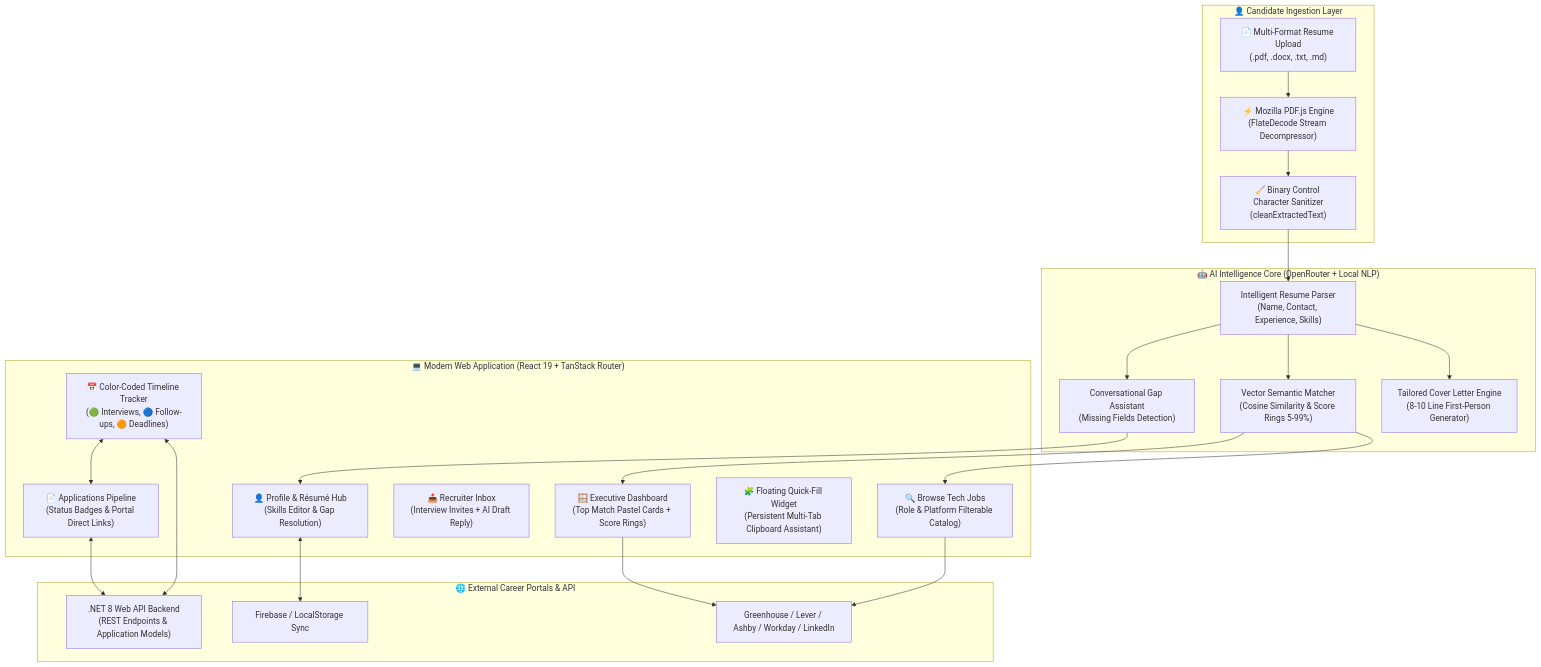
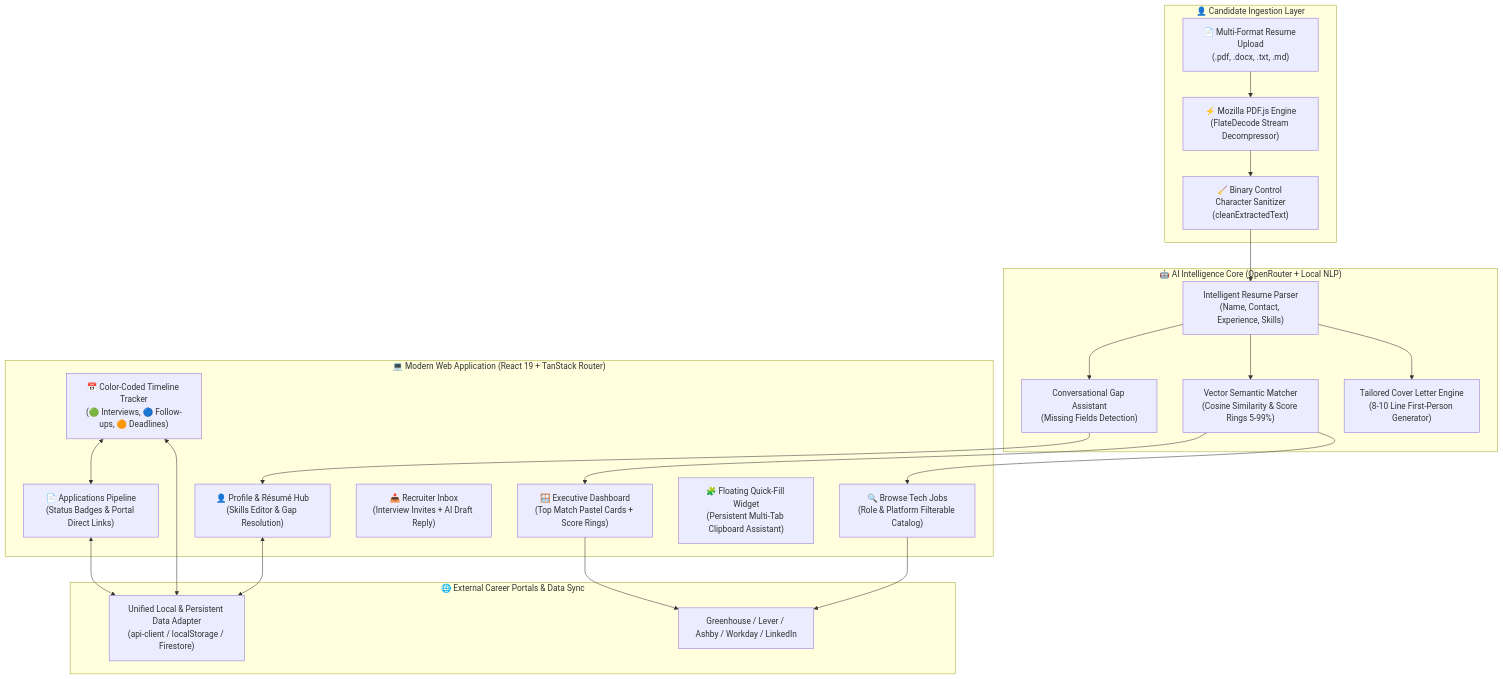
Before and after one commit to harshit1arora/Job-Application-Tracker: the diagram in README.md, drawn with Mermaid. The commit also changed other lines of this file and 18 other files, not shown here.

Commit message:
fix(core): resolve P0/P1 production issues, isolate data, and add Career Intelligence engine

````diff
--- a/README.md
+++ b/README.md
@@ -23,48 +22,47 @@
 ```mermaid
 flowchart TB
     subgraph Candidate["👤 Candidate Ingestion Layer"]
         ResumeUpload["📄 Multi-Format Resume Upload\n(.pdf, .docx, .txt, .md)"]
         PdfJsEngine["⚡ Mozilla PDF.js Engine\n(FlateDecode Stream Decompressor)"]
         TextSanitizer["🧹 Binary Control Character Sanitizer\n(cleanExtractedText)"]
         ResumeUpload --> PdfJsEngine --> TextSanitizer
     end
 
     subgraph AIEngine["🤖 AI Intelligence Core (OpenRouter + Local NLP)"]
         AiParser["Intelligent Resume Parser\n(Name, Contact, Experience, Skills)"]
         GapDetector["Conversational Gap Assistant\n(Missing Fields Detection)"]
         JobMatcher["Vector Semantic Matcher\n(Cosine Similarity & Score Rings 5-99%)"]
         LetterGen["Tailored Cover Letter Engine\n(8-10 Line First-Person Generator)"]
         
         TextSanitizer --> AiParser
         AiParser --> GapDetector
         AiParser --> JobMatcher
         AiParser --> LetterGen
     end
 
     subgraph UI["💻 Modern Web Application (React 19 + TanStack Router)"]
         Dashboard["🪟 Executive Dashboard\n(Top Match Pastel Cards + Score Rings)"]
         BrowseJobs["🔍 Browse Tech Jobs\n(Role & Platform Filterable Catalog)"]
         Applications["📄 Applications Pipeline\n(Status Badges & Portal Direct Links)"]
         Inbox["📥 Recruiter Inbox\n(Interview Invites + AI Draft Reply)"]
         CalendarTracker["📅 Color-Coded Timeline Tracker\n(🟢 Interviews, 🔵 Follow-ups, 🟠 Deadlines)"]
         ProfileHub["👤 Profile & Résumé Hub\n(Skills Editor & Gap Resolution)"]
         QuickFill["🧩 Floating Quick-Fill Widget\n(Persistent Multi-Tab Clipboard Assistant)"]
 
         JobMatcher --> Dashboard
         JobMatcher --> BrowseJobs
         GapDetector --> ProfileHub
         CalendarTracker <--> Applications
     end
 
-    subgraph Integration["🌐 External Career Portals & API"]
+    subgraph Integration["🌐 External Career Portals & Data Sync"]
         Portals["Greenhouse / Lever / Ashby / Workday / LinkedIn"]
-        DotNetApi[".NET 8 Web API Backend\n(REST Endpoints & Application Models)"]
-        Firebase["Firebase / LocalStorage Sync"]
+        DataSync["Unified Local & Persistent Data Adapter\n(api-client / localStorage / Firestore)"]
 
         Dashboard --> Portals
         BrowseJobs --> Portals
-        Applications <--> DotNetApi
-        CalendarTracker <--> DotNetApi
-        ProfileHub <--> Firebase
+        Applications <--> DataSync
+        CalendarTracker <--> DataSync
+        ProfileHub <--> DataSync
     end
 ```
````
